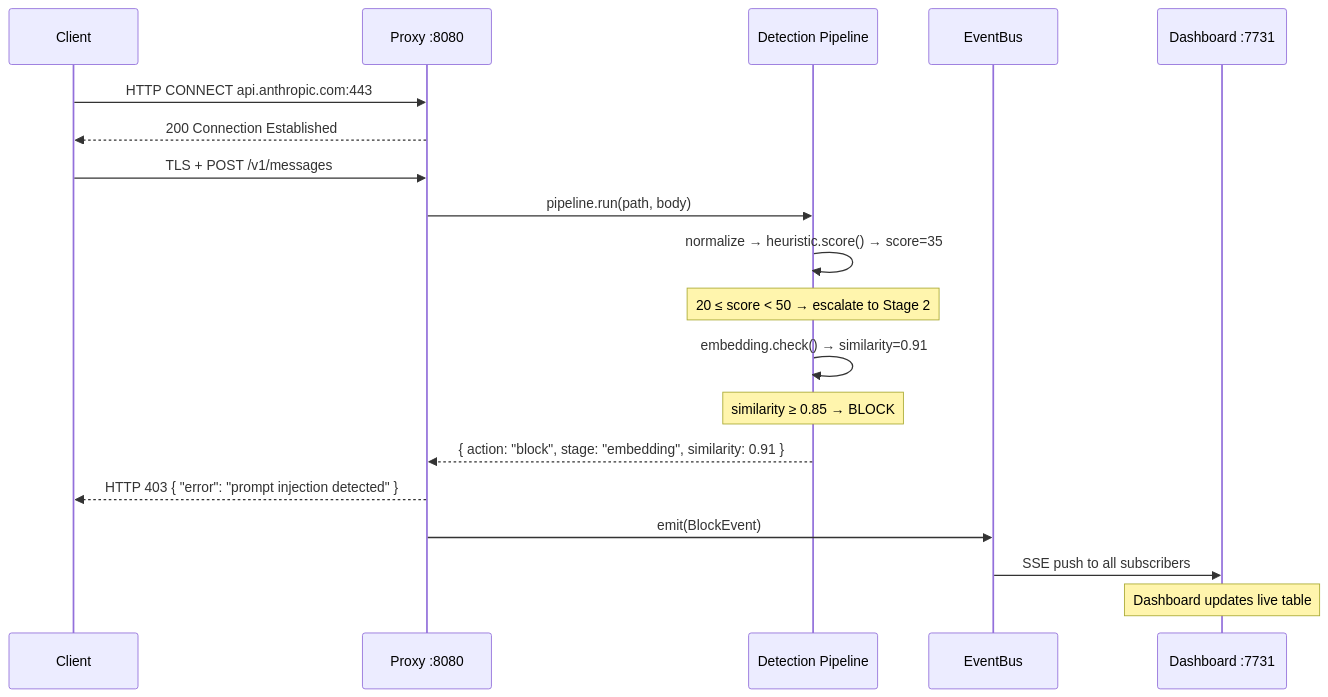
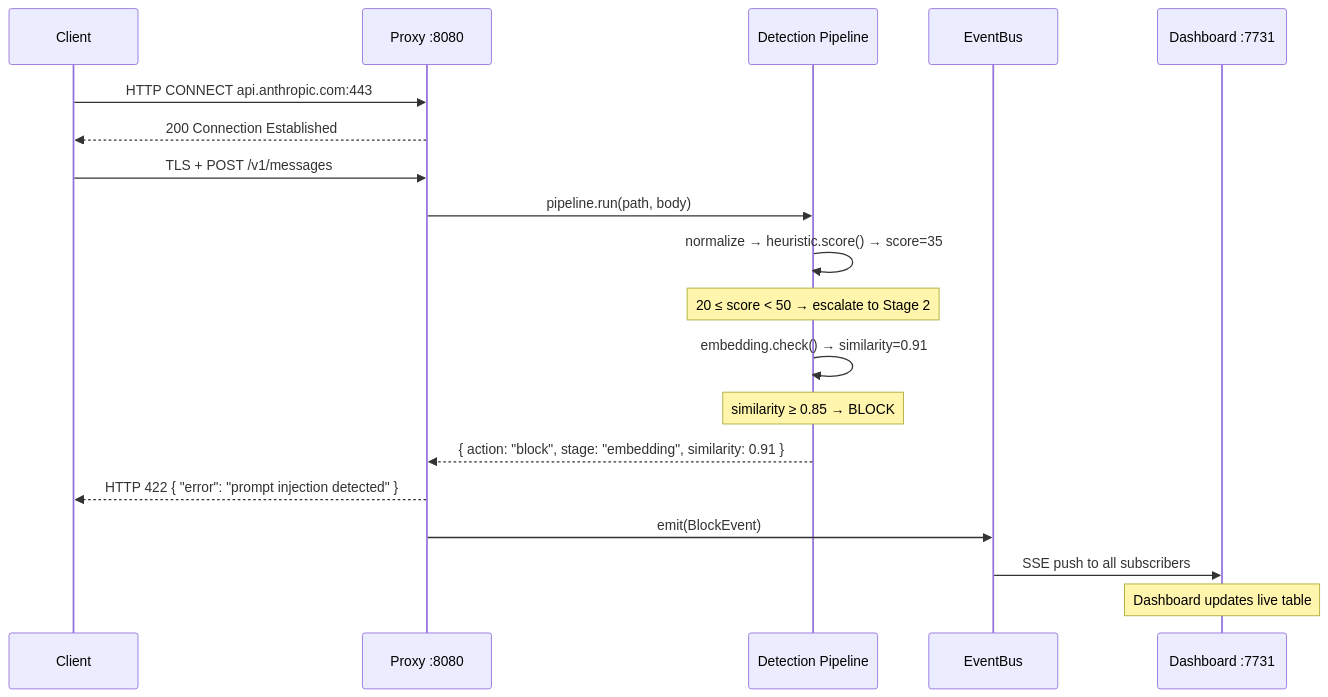
One commit to PIsberg/llm-fw changed the sixth of 11 diagrams in docs/ARCHITECTURE.md. Above: the diagram before and after it, drawn with Mermaid. The commit also changed other lines of this file and 28 other files, not shown here.

````diff
--- a/docs/ARCHITECTURE.md
+++ b/docs/ARCHITECTURE.md
@@ -271,24 +271,24 @@
 ```mermaid
 sequenceDiagram
     participant C as Client
     participant P as Proxy :8080
     participant Det as Detection Pipeline
     participant EB as EventBus
     participant DB as Dashboard :7731
 
     C->>P: HTTP CONNECT api.anthropic.com:443
     P-->>C: 200 Connection Established
     C->>P: TLS + POST /v1/messages
     P->>Det: pipeline.run(path, body)
     Det->>Det: normalize → heuristic.score() → score=35
     Note over Det: 20 ≤ score < 50 → escalate to Stage 2
     Det->>Det: embedding.check() → similarity=0.91
     Note over Det: similarity ≥ 0.85 → BLOCK
     Det-->>P: { action: "block", stage: "embedding", similarity: 0.91 }
 
-    P-->>C: HTTP 403 { "error": "prompt injection detected" }
+    P-->>C: HTTP 422 { "error": "prompt injection detected" }
 
     P->>EB: emit(BlockEvent)
     EB->>DB: SSE push to all subscribers
     Note over DB: Dashboard updates live table
 ```
````
